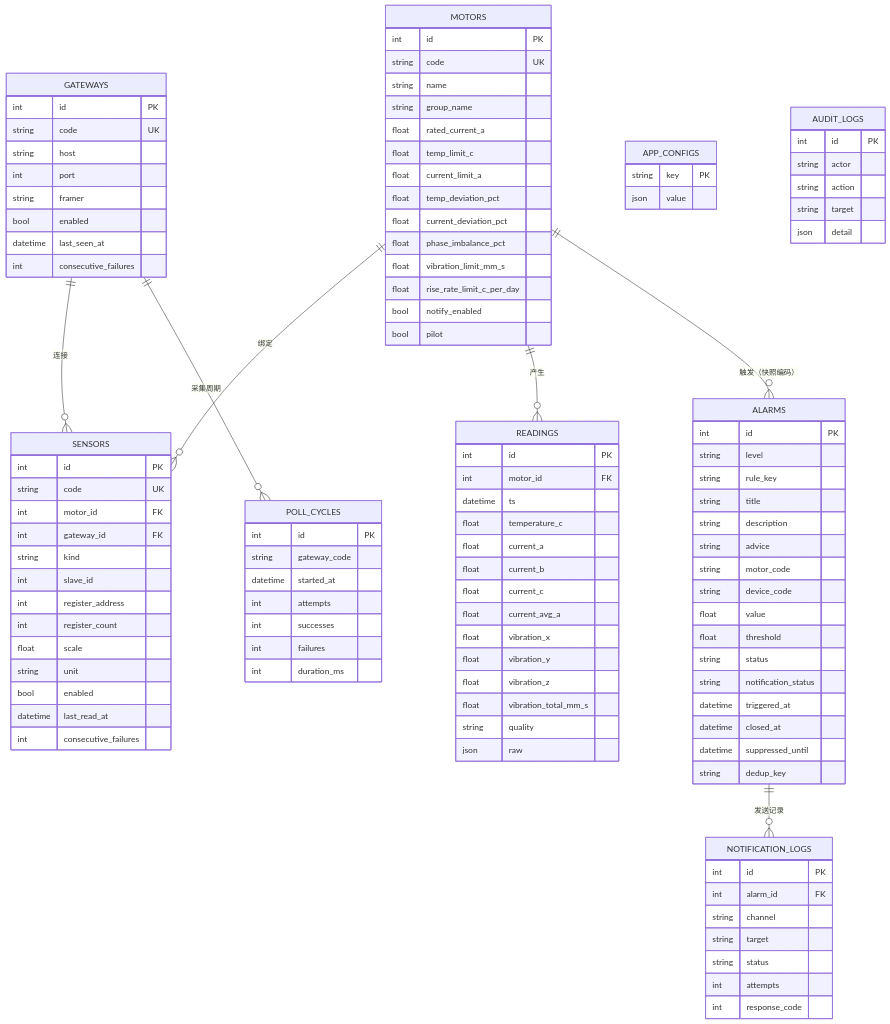
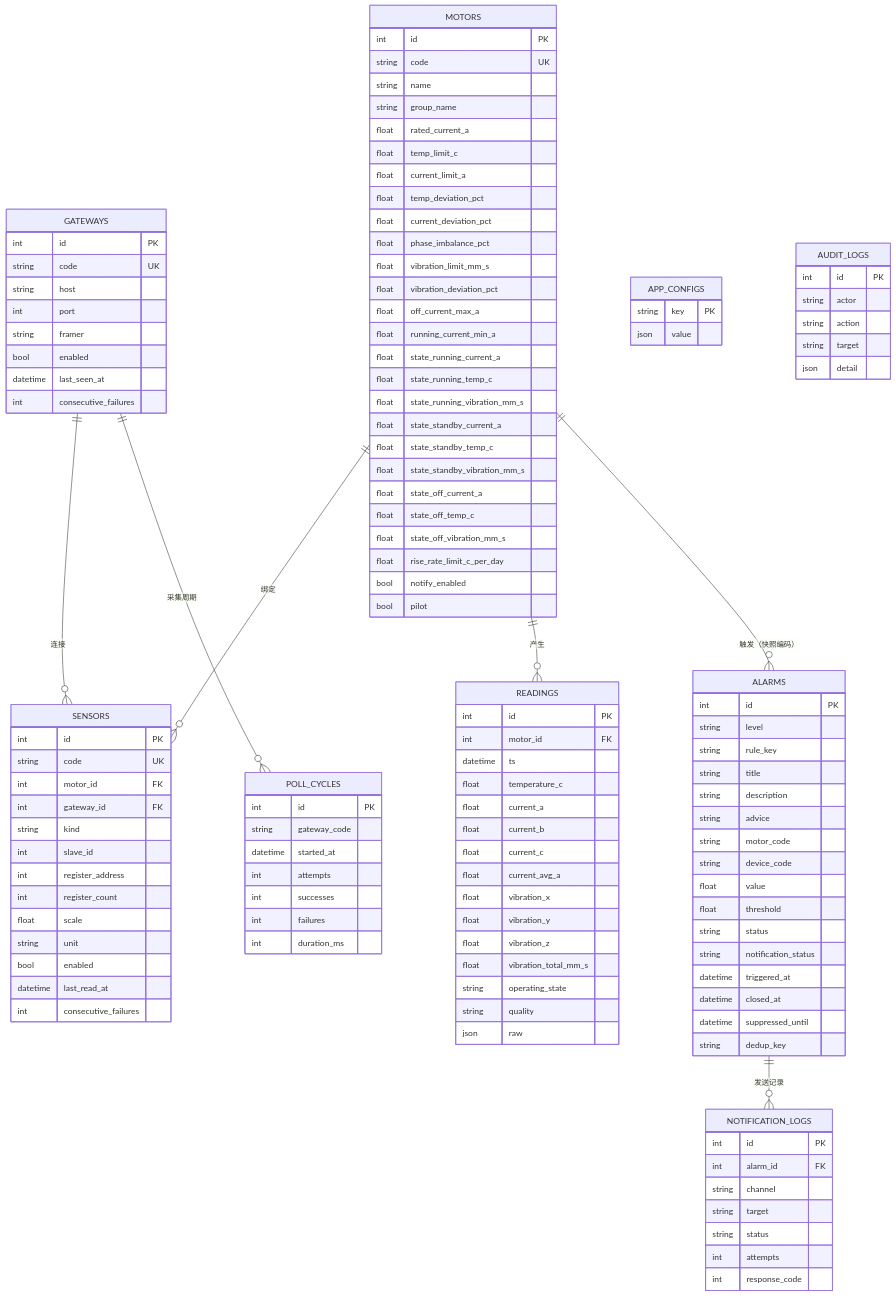
Before and after one commit to fuqin123/motor_testing_system: the second of 2 diagrams in docs/02-整体框架设计.md, drawn with Mermaid. The commit also changed other lines of this file and 8 other files, not shown here.

```diff
--- a/docs/02-整体框架设计.md
+++ b/docs/02-整体框架设计.md
@@ -112,6 +112,18 @@
         float current_deviation_pct
         float phase_imbalance_pct
         float vibration_limit_mm_s
+        float vibration_deviation_pct
+        float off_current_max_a
+        float running_current_min_a
+        float state_running_current_a
+        float state_running_temp_c
+        float state_running_vibration_mm_s
+        float state_standby_current_a
+        float state_standby_temp_c
+        float state_standby_vibration_mm_s
+        float state_off_current_a
+        float state_off_temp_c
+        float state_off_vibration_mm_s
         float rise_rate_limit_c_per_day
         bool notify_enabled
         bool pilot
@@ -144,6 +156,7 @@
         float vibration_y
         float vibration_z
         float vibration_total_mm_s
+        string operating_state
         string quality
         json raw
     }
```
